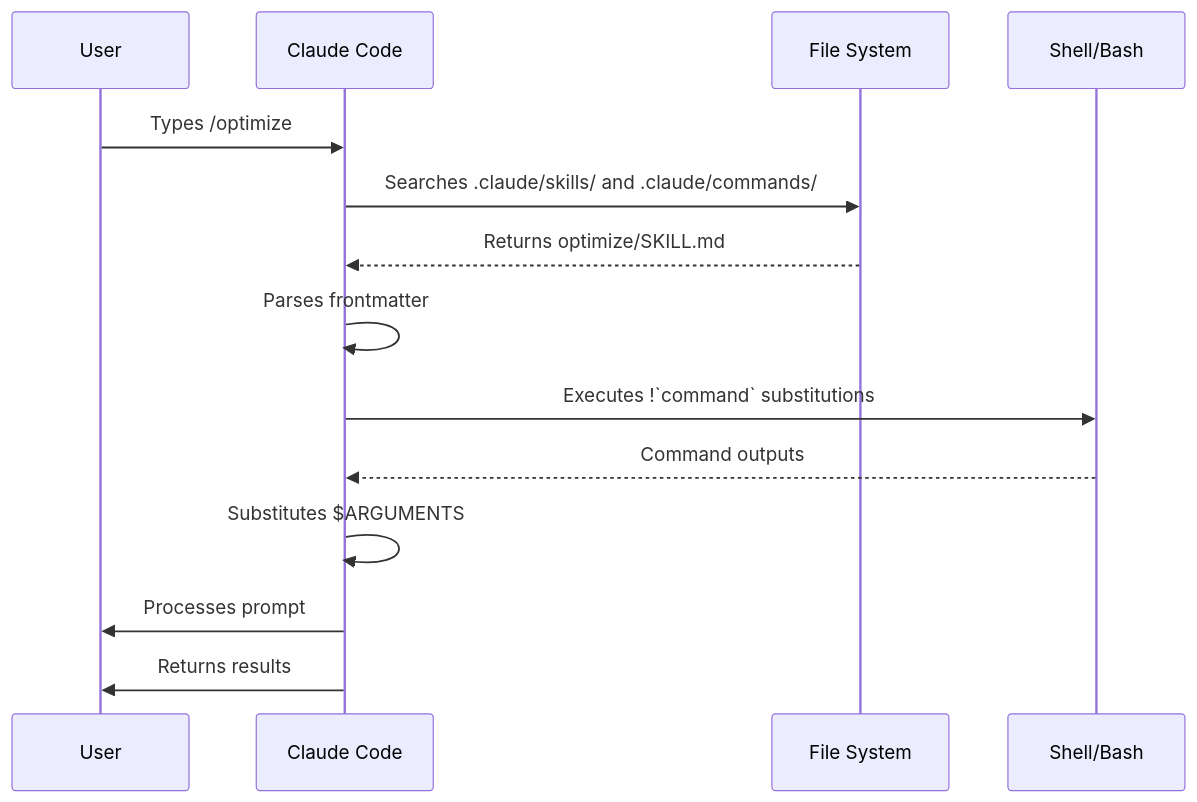
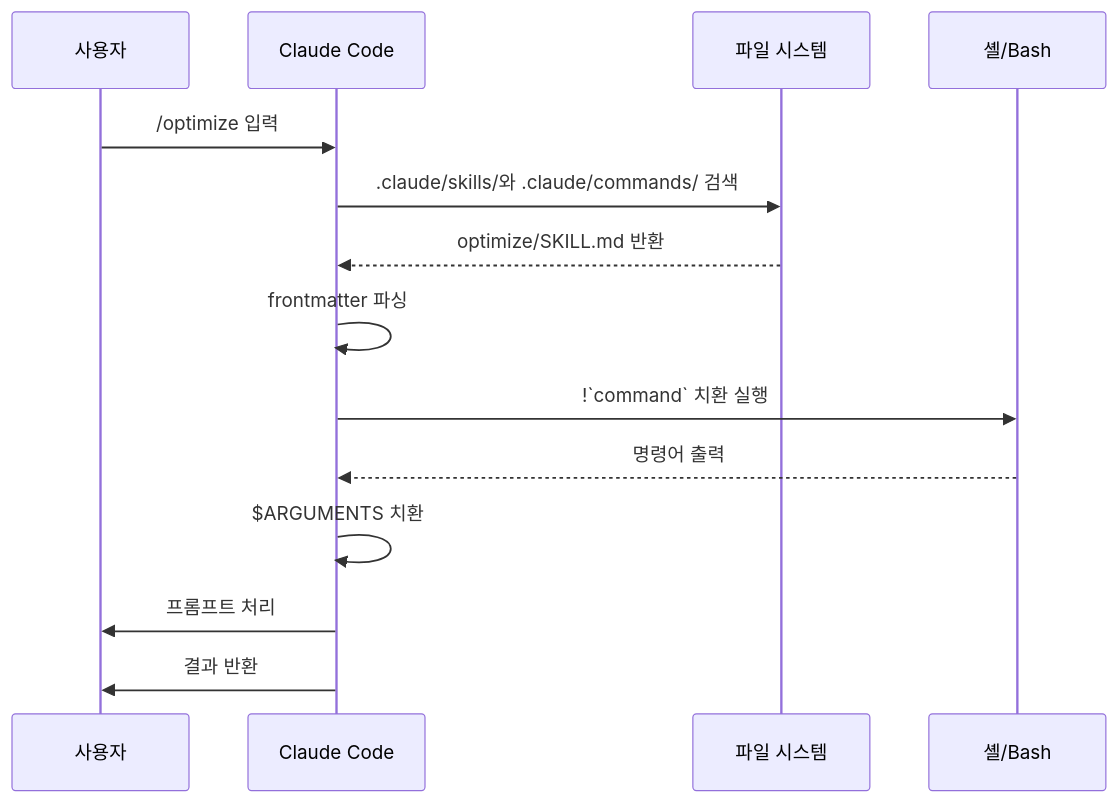
One commit to KIMDONGWHEE99/howkorean changed the second of 2 diagrams in 01-slash-commands/README.md. Above: the diagram before and after it, drawn with Mermaid. The commit also changed other lines of this file, not shown here.

First line of the commit message:
docs(slash-commands): 1장 한국어로 번역

````diff
--- a/01-slash-commands/README.md
+++ b/01-slash-commands/README.md
@@ -418,17 +422,17 @@
 ```mermaid
 sequenceDiagram
-    participant User
+    participant User as 사용자
     participant Claude as Claude Code
-    participant FS as File System
-    participant CLI as Shell/Bash
+    participant FS as 파일 시스템
+    participant CLI as 셸/Bash
 
-    User->>Claude: Types /optimize
-    Claude->>FS: Searches .claude/skills/ and .claude/commands/
-    FS-->>Claude: Returns optimize/SKILL.md
-    Claude->>Claude: Parses frontmatter
-    Claude->>CLI: Executes !`command` substitutions
-    CLI-->>Claude: Command outputs
-    Claude->>Claude: Substitutes $ARGUMENTS
-    Claude->>User: Processes prompt
-    Claude->>User: Returns results
+    User->>Claude: /optimize 입력
+    Claude->>FS: .claude/skills/와 .claude/commands/ 검색
+    FS-->>Claude: optimize/SKILL.md 반환
+    Claude->>Claude: frontmatter 파싱
+    Claude->>CLI: !`command` 치환 실행
+    CLI-->>Claude: 명령어 출력
+    Claude->>Claude: $ARGUMENTS 치환
+    Claude->>User: 프롬프트 처리
+    Claude->>User: 결과 반환
 ```
````
